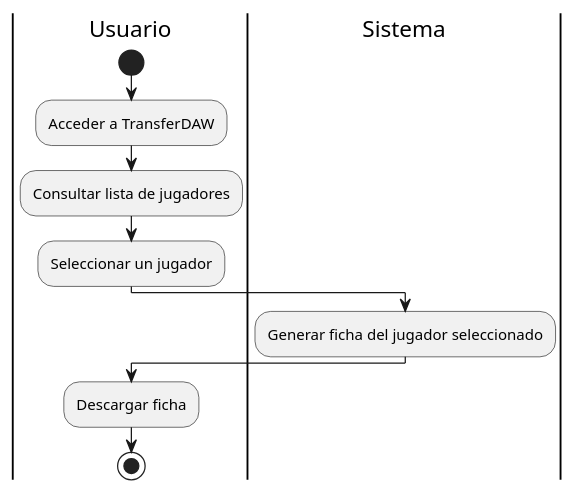
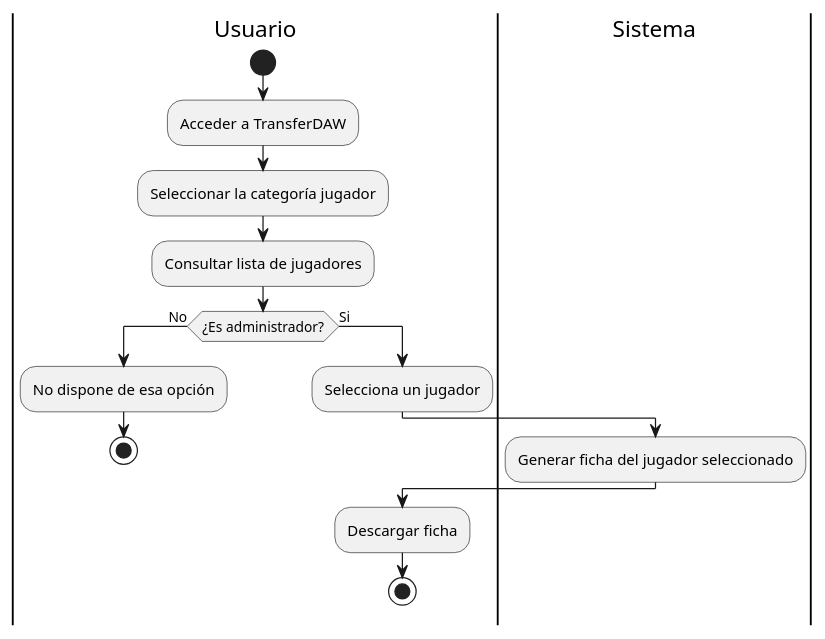
One commit to IR-Play88/TransferDAW changed the first of 5 diagrams in trasnferdaw/design/diagramas/diagrama_de_actividad/diagrama_actividad.pu. Above: the diagram before and after it, drawn with PlantUML. The commit also changed other lines of this file and 180 other files, not shown here.

```diff
--- a/trasnferdaw/design/diagramas/diagrama_de_actividad/diagrama_actividad.pu
+++ b/trasnferdaw/design/diagramas/diagrama_de_actividad/diagrama_actividad.pu
@@ -1,16 +1,21 @@
 @startuml Imprimir ficha del jugador
 |Usuario|
 start
 
 :Acceder a TransferDAW;
+:Seleccionar la categoría jugador;
 :Consultar lista de jugadores;
-:Seleccionar un jugador;
 
-|Sistema|
-:Generar ficha del jugador seleccionado;
+if (¿Es administrador?) then (No)
+    :No dispone de esa opción;
+    stop
+else (Si)
+:Selecciona un jugador;
+    |Sistema|
+    :Generar ficha del jugador seleccionado;
+    |Usuario|
+    :Descargar ficha;
+    stop
+endif
 
-|Usuario|
-:Descargar ficha;
-
-stop
 @enduml
```
